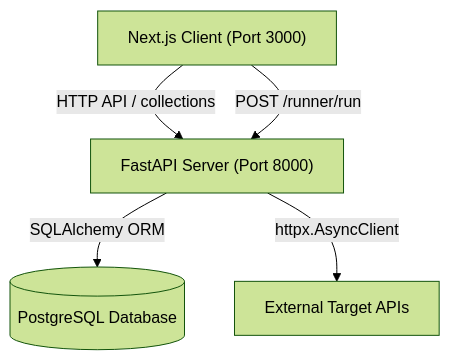
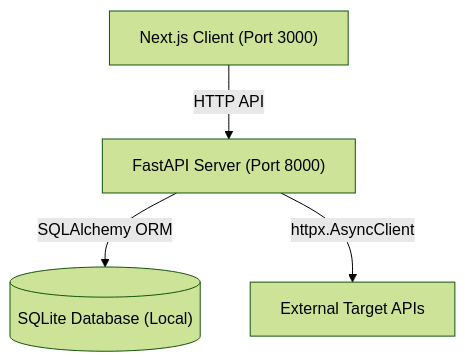
One commit to Jaswanth5464/apiforge changed the first of 3 diagrams in README.md. Above: the diagram before and after it, drawn with Mermaid (forest theme). The commit also changed other lines of this file, not shown here.

Commit message:
docs: split architecture section to clearly show Local vs Production

````diff
--- a/README.md
+++ b/README.md
@@ -70,7 +74,6 @@
 ```mermaid
 graph TD
-    Client["Next.js Client (Port 3000)"] -->|"HTTP API / collections"| Proxy["FastAPI Server (Port 8000)"]
-    Client -->|"POST /runner/run"| Proxy
-    Proxy -->|"SQLAlchemy ORM"| DB[("PostgreSQL Database")]
+    Client["Next.js Client (Port 3000)"] -->|"HTTP API"| Proxy["FastAPI Server (Port 8000)"]
+    Proxy -->|"SQLAlchemy ORM"| DB[("SQLite Database (Local)")]
     Proxy -->|"httpx.AsyncClient"| Internet["External Target APIs"]
 ```
````
